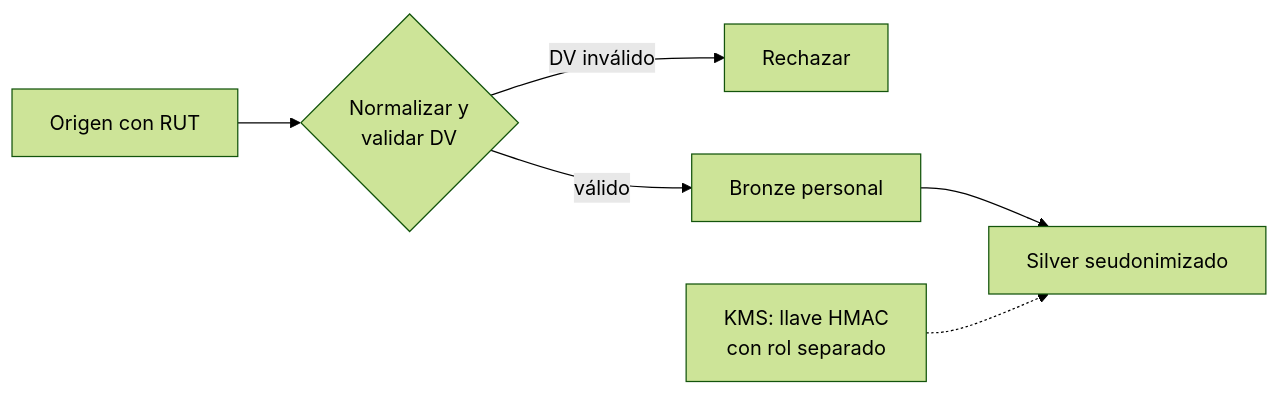
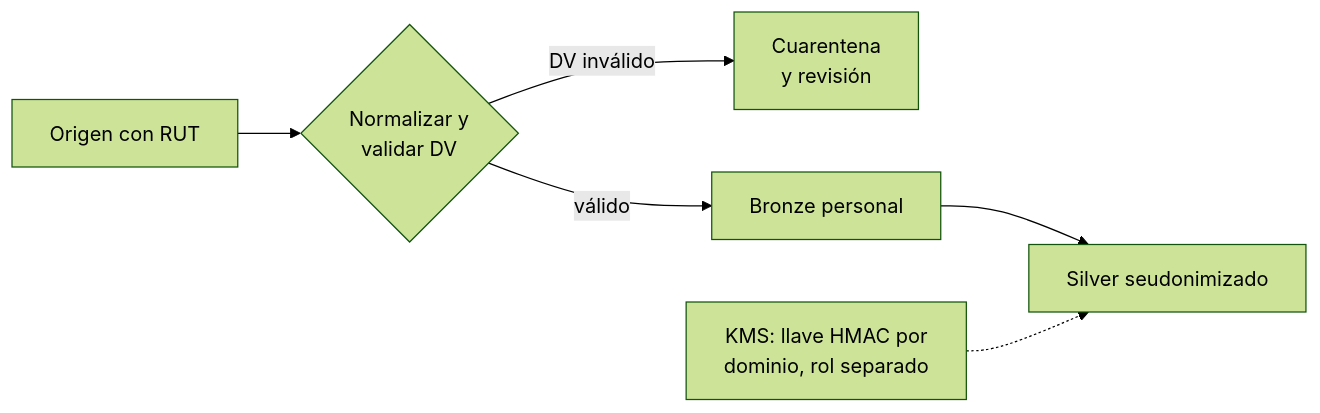
One commit to fcp4891/de-knowledge-hub changed the first of 2 diagrams in content/concepts/chilean-identifier-pseudonymization.md. Above: the diagram before and after it, drawn with Mermaid (forest theme). The commit also changed other lines of this file and 1 other file, not shown here.

````diff
--- a/content/concepts/chilean-identifier-pseudonymization.md
+++ b/content/concepts/chilean-identifier-pseudonymization.md
@@ -148,8 +169,8 @@
 ```mermaid
 flowchart LR
   O["Origen con RUT"] --> N{"Normalizar y<br/>validar DV"}
-  N -- "DV inválido" --> X["Rechazar"]
+  N -- "DV inválido" --> X["Cuarentena<br/>y revisión"]
   N -- "válido" --> B["Bronze personal"]
   B --> S["Silver seudonimizado"]
-  K["KMS: llave HMAC<br/>con rol separado"] -.-> S
+  K["KMS: llave HMAC por<br/>dominio, rol separado"] -.-> S
 ```
````
